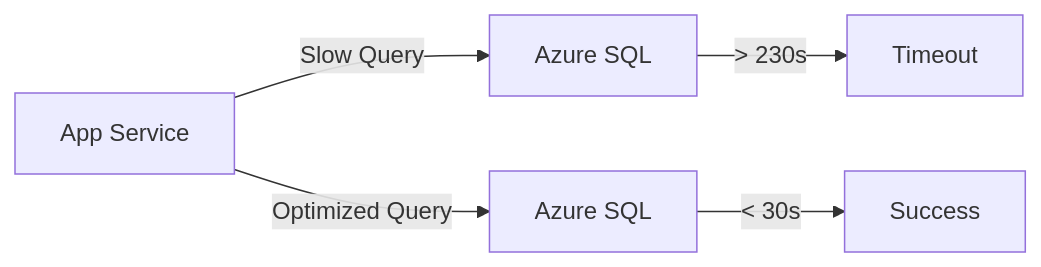
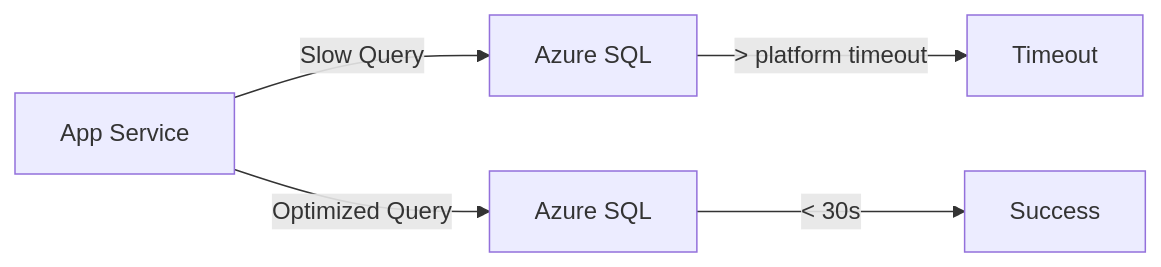
One commit to OneUptime/blog changed the second of 3 diagrams in posts/2026-01-24-azure-gateway-timeout-app-service/README.md. Above: the diagram before and after it, drawn with Mermaid. The commit also changed other lines of this file and 4262 other files, not shown here.

````diff
--- a/posts/2026-01-24-azure-gateway-timeout-app-service/README.md
+++ b/posts/2026-01-24-azure-gateway-timeout-app-service/README.md
@@ -92,8 +92,8 @@
 ```mermaid
 flowchart LR
     A[App Service] -->|Slow Query| B[Azure SQL]
-    B -->|> 230s| C[Timeout]
+    B -->|> platform timeout| C[Timeout]
 
     A -->|Optimized Query| D[Azure SQL]
     D -->|< 30s| E[Success]
 ```
````
